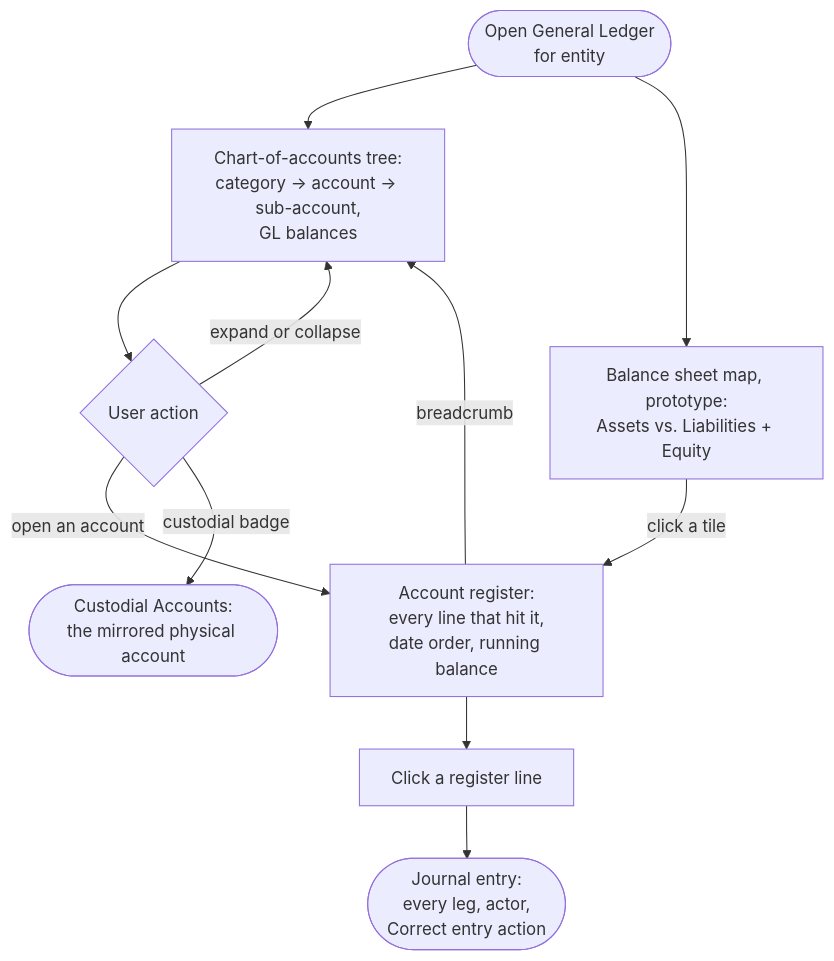
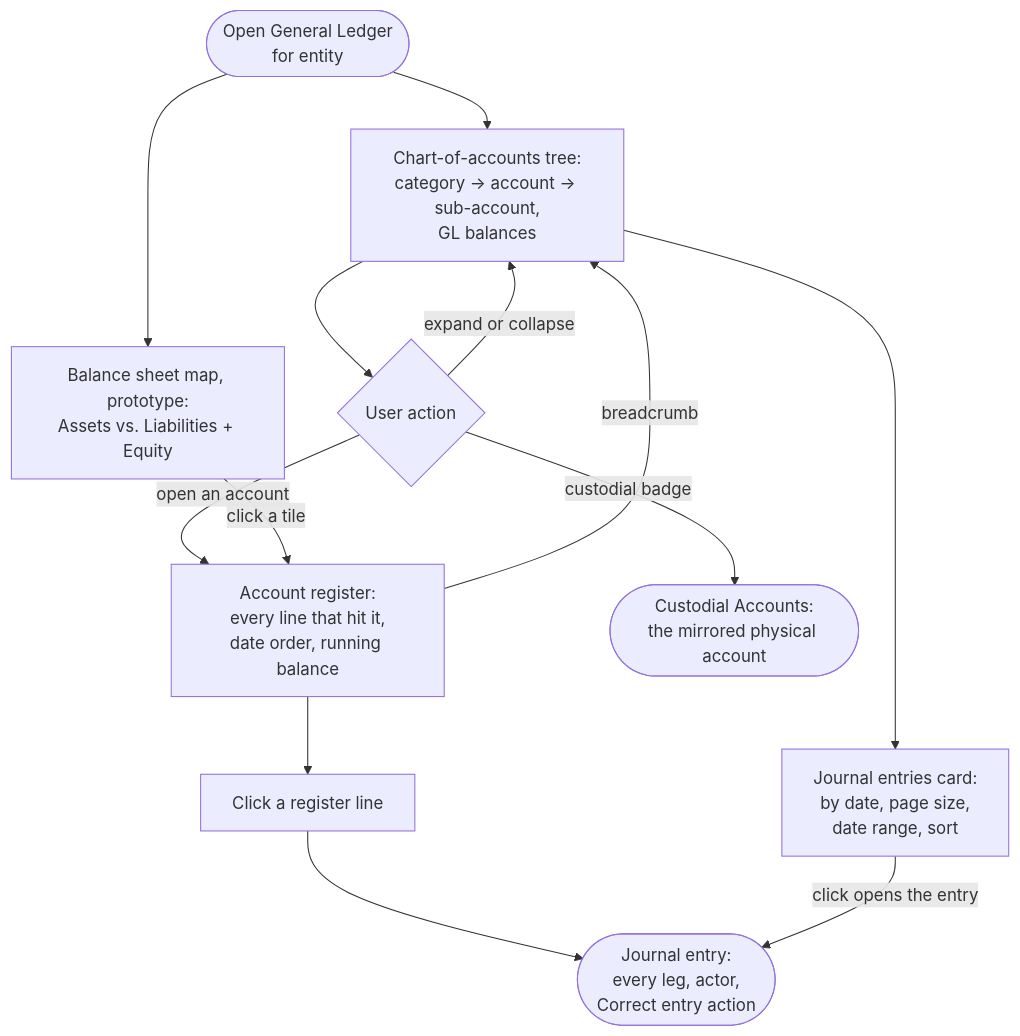
Before and after one commit to richmosko/polycarpic: the diagram in docs/DESIGN/flows/general-ledger-flow.md, drawn with Mermaid. The commit also changed other lines of this file and 9 other files, not shown here.

First line of the commit message:
docs(design): GL Journal entries card, Chart of accounts header, Journal ID column

````diff
--- a/docs/DESIGN/flows/general-ledger-flow.md
+++ b/docs/DESIGN/flows/general-ledger-flow.md
@@ -5,13 +5,15 @@
 ```mermaid
 flowchart TD
   open([Open General Ledger\nfor entity]) --> tree[Chart-of-accounts tree:\ncategory → account → sub-account,\nGL balances]
   open --> map[Balance sheet map, prototype:\nAssets vs. Liabilities + Equity]
   tree --> act{User action}
   act -- expand or collapse --> tree
   act -- open an account --> register[Account register:\nevery line that hit it,\ndate order, running balance]
   map -- click a tile --> register
   act -- custodial badge --> custodial([Custodial Accounts:\nthe mirrored physical account])
   register --> line[Click a register line]
   line --> entry([Journal entry:\nevery leg, actor,\nCorrect entry action])
   register -- breadcrumb --> tree
+  tree --> journal[Journal entries card:\nby date, page size,\ndate range, sort]
+  journal -- click opens the entry --> entry
 ```
````
